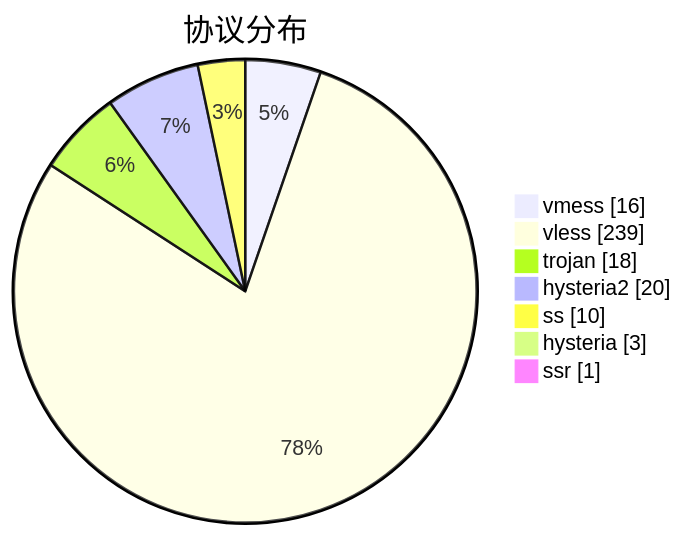
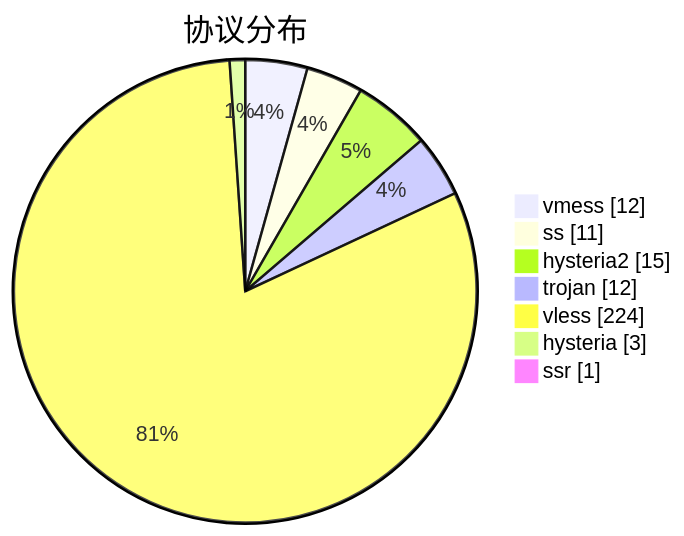
One commit to sinspired/airport changed the third of 3 diagrams in subs/statistics/tested_within.md. Above: the diagram before and after it, drawn with Mermaid. The commit also changed other lines of this file and 2 other files, not shown here.

````diff
--- a/subs/statistics/tested_within.md
+++ b/subs/statistics/tested_within.md
@@ -36,11 +33,11 @@
 ```mermaid
 pie showData
 title 协议分布
-"vmess" : 16
-"vless" : 239
-"trojan" : 18
-"hysteria2" : 20
-"ss" : 10
+"vmess" : 12
+"ss" : 11
+"hysteria2" : 15
+"trojan" : 12
+"vless" : 224
 "hysteria" : 3
 "ssr" : 1
 ```
````
